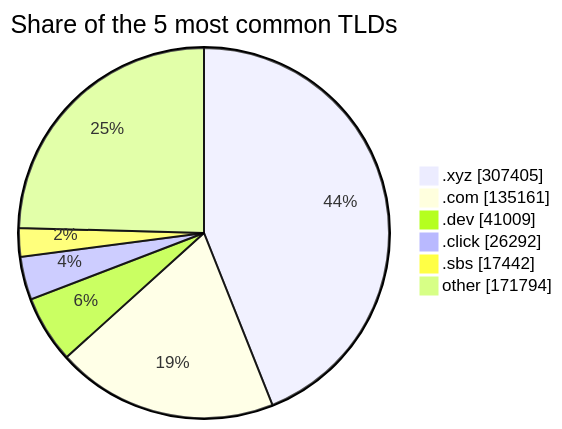
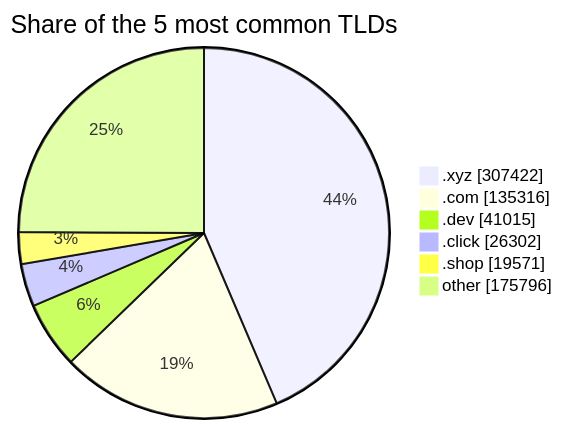
The third of 3 diagrams in README.md (DNSBunker/CTI), drawn with Mermaid before and after one commit. The commit also changed other lines of this file and 3 other files, not shown here.

````diff
--- a/README.md
+++ b/README.md
@@ -81,9 +81,9 @@
 ```mermaid
 pie showData title Share of the 5 most common TLDs
-    ".xyz" : 307405
-    ".com" : 135161
-    ".dev" : 41009
-    ".click" : 26292
-    ".sbs" : 17442
-    "other" : 171794
+    ".xyz" : 307422
+    ".com" : 135316
+    ".dev" : 41015
+    ".click" : 26302
+    ".shop" : 19571
+    "other" : 175796
 ```
````
